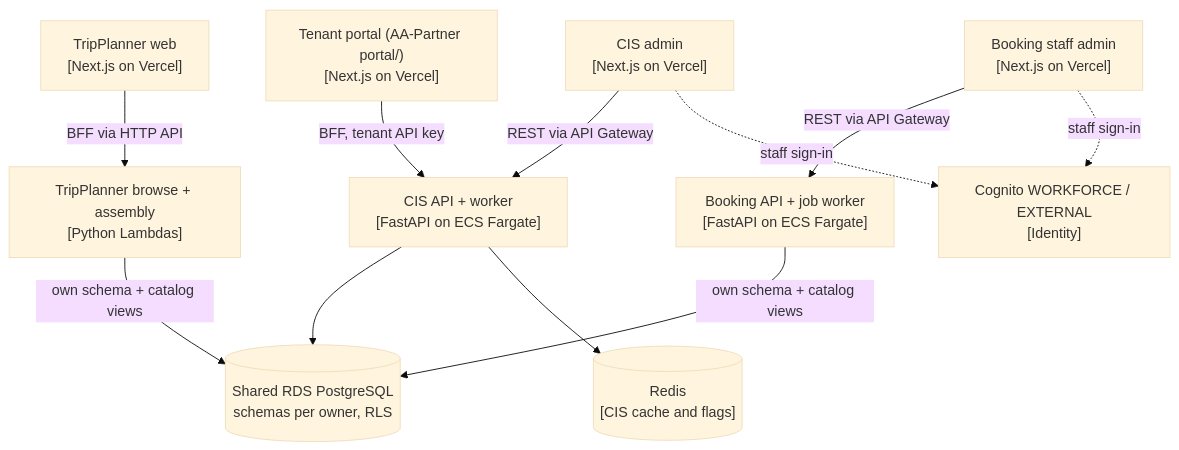
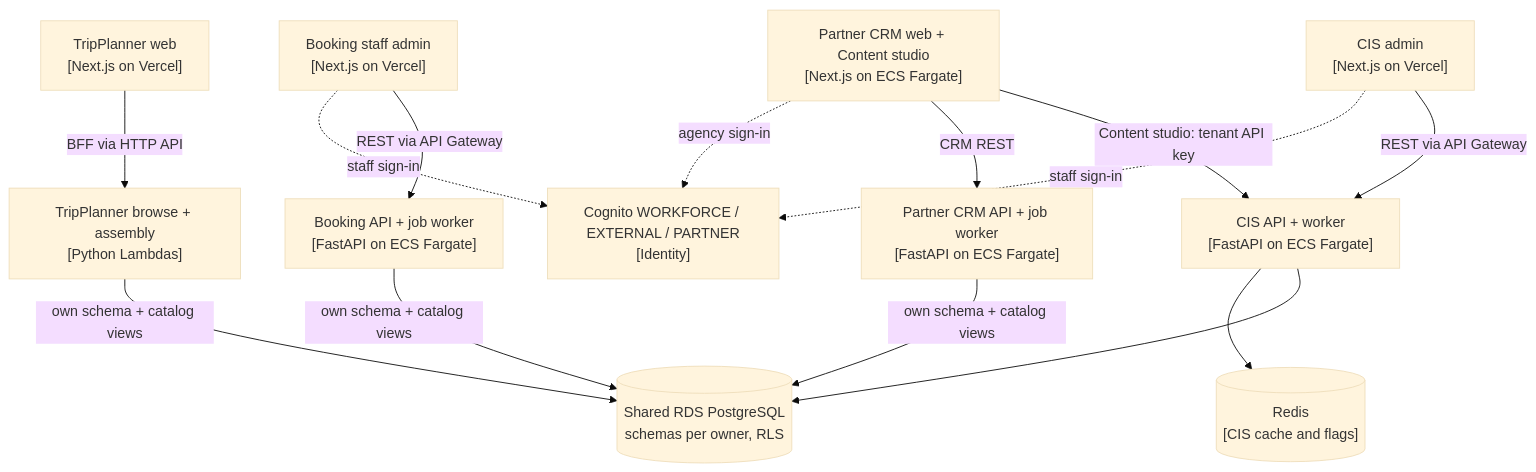
Before and after one commit to AdventureAsia365-Ecosys/AA-Ecosys: the second of 2 diagrams in docs/guides/cto.md, drawn with Mermaid (base theme). The commit also changed other lines of this file and 112 other files, not shown here.

````diff
--- a/docs/guides/cto.md
+++ b/docs/guides/cto.md
@@ -55,23 +56,27 @@
 ```mermaid
 flowchart TB
   cisfe["CIS admin<br/>[Next.js on Vercel]"]
-  portalfe["Tenant portal (AA-Partner portal/)<br/>[Next.js on Vercel]"]
+  partnerfe["Partner CRM web + Content studio<br/>[Next.js on ECS Fargate]"]
   tpfe["TripPlanner web<br/>[Next.js on Vercel]"]
   bkfe["Booking staff admin<br/>[Next.js on Vercel]"]
   cisapi["CIS API + worker<br/>[FastAPI on ECS Fargate]"]
+  crmapi["Partner CRM API + job worker<br/>[FastAPI on ECS Fargate]"]
   tpl["TripPlanner browse + assembly<br/>[Python Lambdas]"]
   bkapi["Booking API + job worker<br/>[FastAPI on ECS Fargate]"]
   rds[("Shared RDS PostgreSQL<br/>schemas per owner, RLS")]
-  cognito["Cognito WORKFORCE / EXTERNAL<br/>[Identity]"]
+  cognito["Cognito WORKFORCE / EXTERNAL / PARTNER<br/>[Identity]"]
   redis[("Redis<br/>[CIS cache and flags]")]
   cisfe -->|"REST via API Gateway"| cisapi
-  portalfe -->|"BFF, tenant API key"| cisapi
+  partnerfe -->|"Content studio: tenant API key"| cisapi
+  partnerfe -->|"CRM REST"| crmapi
   tpfe -->|"BFF via HTTP API"| tpl
   bkfe -->|"REST via API Gateway"| bkapi
   cisapi --> rds
   cisapi --> redis
+  crmapi -->|"own schema + catalog views"| rds
   tpl -->|"own schema + catalog views"| rds
   bkapi -->|"own schema + catalog views"| rds
   cisfe -.->|"staff sign-in"| cognito
   bkfe -.->|"staff sign-in"| cognito
+  partnerfe -.->|"agency sign-in"| cognito
 ```
````
